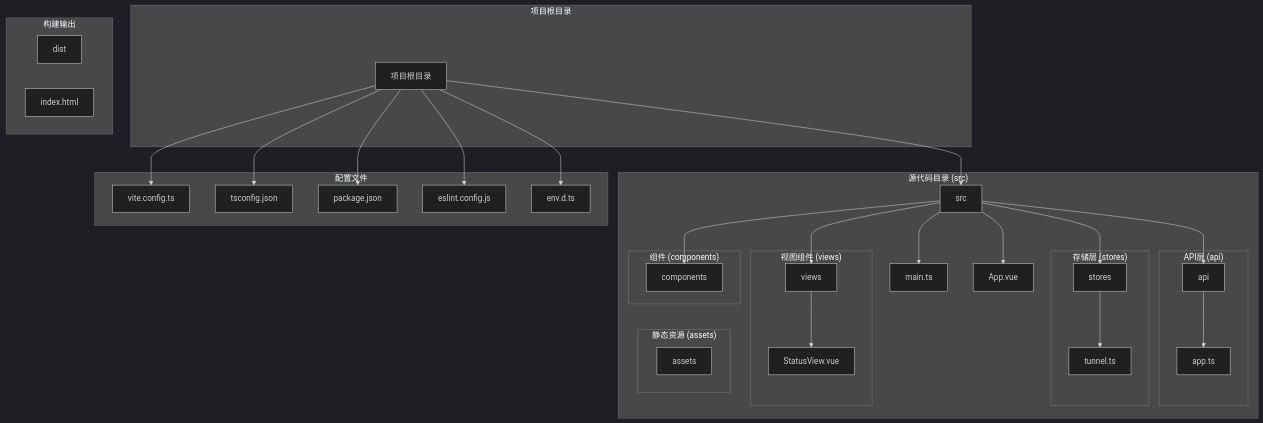
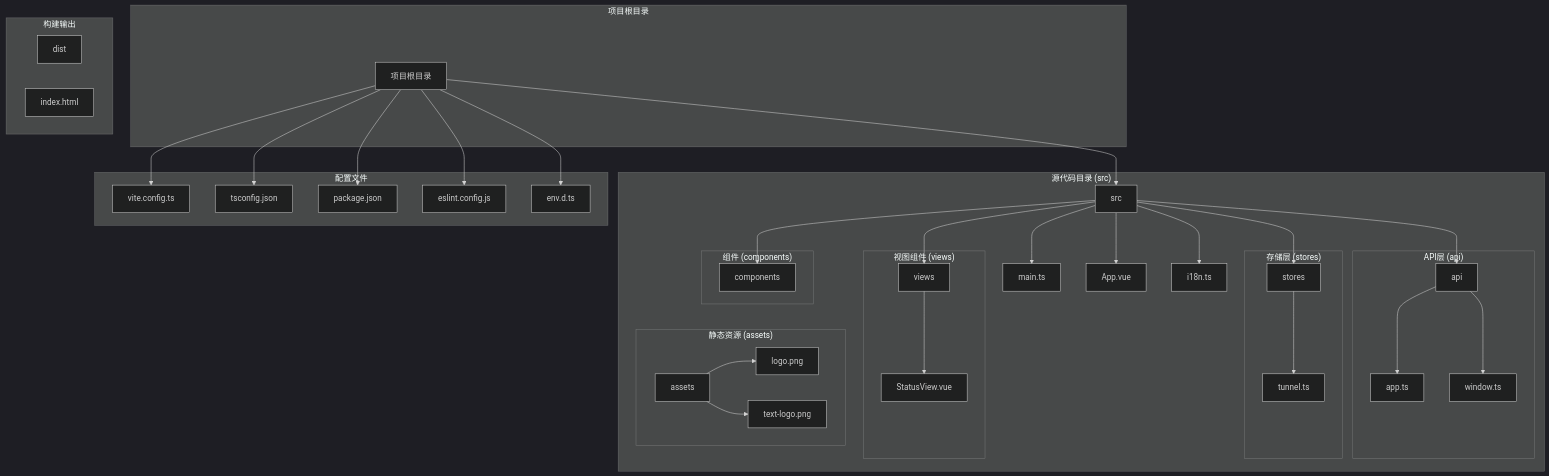
One commit to itsharex/NexTunnel changed the first of 15 diagrams in .qoder/repowiki/zh/content/架构设计/桌面端架构设计/前端架构设计/前端架构设计.md. Above: the diagram before and after it, drawn with Mermaid (dark theme). The commit also changed other lines of this file and 41 other files, not shown here.

````diff
--- a/.qoder/repowiki/zh/content/架构设计/桌面端架构设计/前端架构设计/前端架构设计.md
+++ b/.qoder/repowiki/zh/content/架构设计/桌面端架构设计/前端架构设计/前端架构设计.md
@@ -38,55 +54,63 @@
 ```mermaid
 graph TB
 subgraph "项目根目录"
 Root[项目根目录]
 end
 subgraph "源代码目录 (src)"
 Src[src]
 subgraph "API层 (api)"
 Api[api]
 ApiApp[app.ts]
+ApiWindow[window.ts]
 end
 subgraph "存储层 (stores)"
 Stores[stores]
 StoreTunnel[tunnel.ts]
 end
 subgraph "视图组件 (views)"
 Views[views]
 ViewStatus[StatusView.vue]
 end
 subgraph "静态资源 (assets)"
 Assets[assets]
+Logo[logo.png]
+TextLogo[text-logo.png]
 end
 subgraph "组件 (components)"
 Components[components]
 end
 MainTS[main.ts]
 AppVue[App.vue]
+I18n[i18n.ts]
 end
 subgraph "配置文件"
 Vite[vite.config.ts]
 TSConfig[tsconfig.json]
 Package[package.json]
 ESLint[eslint.config.js]
 Env[env.d.ts]
 end
 subgraph "构建输出"
 Dist[dist]
 HTML[index.html]
 end
 Root --> Src
 Root --> Vite
 Root --> TSConfig
 Root --> Package
 Root --> ESLint
 Root --> Env
 Src --> Api
 Src --> Stores
 Src --> Views
 Src --> Components
 Src --> MainTS
 Src --> AppVue
+Src --> I18n
 Api --> ApiApp
+Api --> ApiWindow
 Stores --> StoreTunnel
 Views --> ViewStatus
+Assets --> Logo
+Assets --> TextLogo
 ```
````
